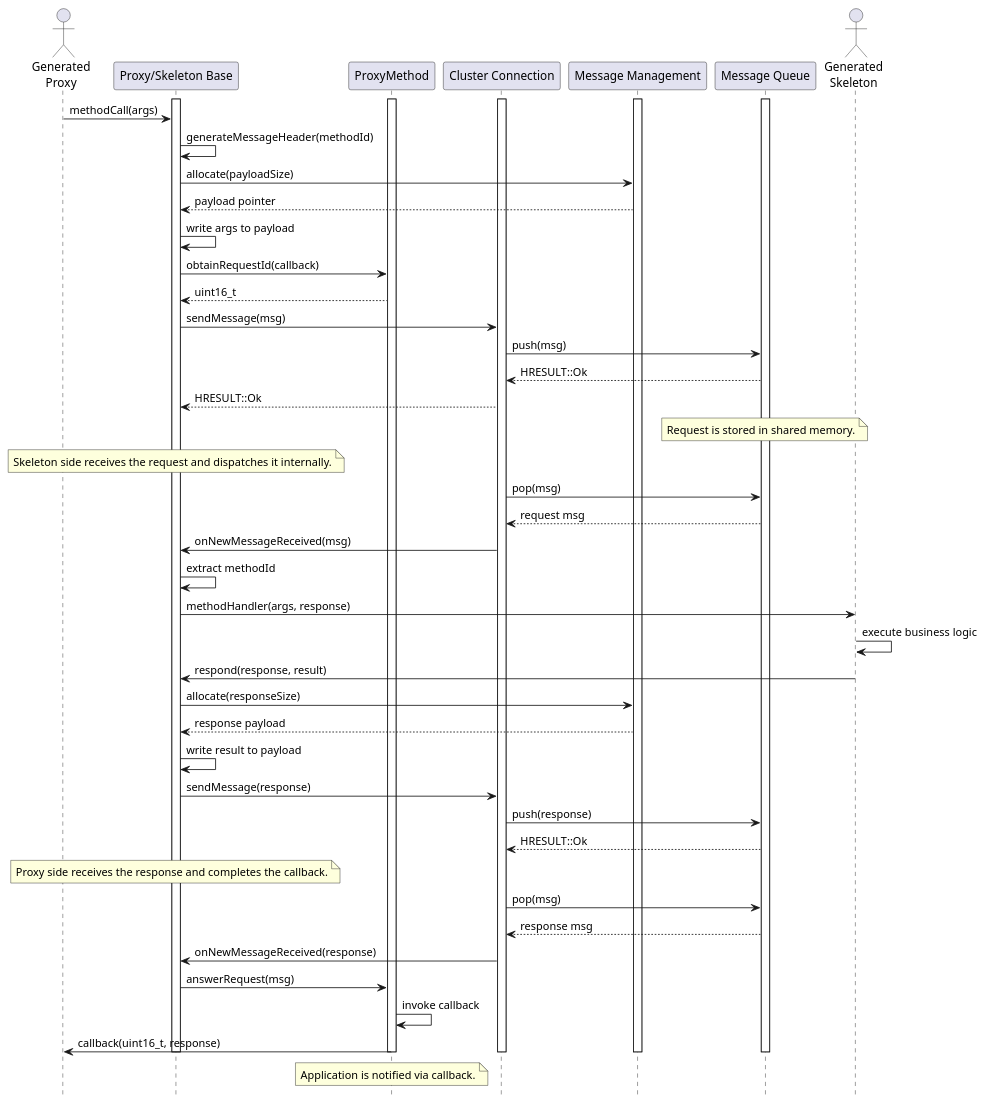
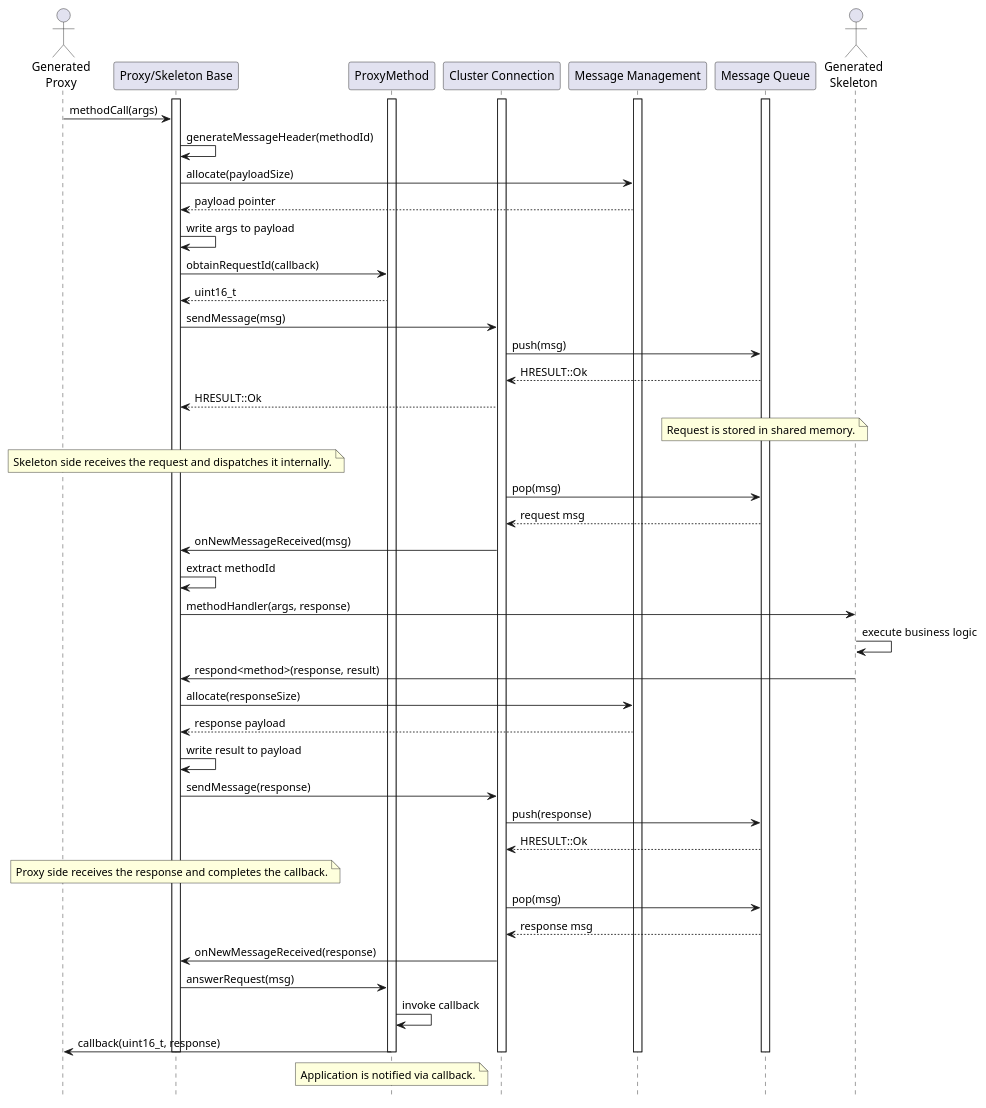
One commit to eclipse-openbsw/openbsw changed the diagram in libs/bsw/middleware/doc/arch/flows/proxy_skeleton_method_call_sequence.puml. Above: the diagram before and after it, drawn with PlantUML. The commit also changed 6 other files, not shown here.

```diff
--- a/libs/bsw/middleware/doc/arch/flows/proxy_skeleton_method_call_sequence.puml
+++ b/libs/bsw/middleware/doc/arch/flows/proxy_skeleton_method_call_sequence.puml
@@ -11,70 +11,70 @@
 @startuml
 
 hide footbox
 
 actor "Generated\nProxy" as generated_proxy
 participant "Proxy/Skeleton Base" as proxy_skeleton_base_unit
 participant "ProxyMethod" as request_response_unit
 participant "Cluster Connection" as cluster_connection_unit
 participant "Message Management" as message_management_unit
 participant "Message Queue" as message_queue_unit
 actor "Generated\nSkeleton" as generated_skeleton
 
 activate proxy_skeleton_base_unit
 activate request_response_unit
 activate cluster_connection_unit
 activate message_management_unit
 activate message_queue_unit
 
 generated_proxy -> proxy_skeleton_base_unit : methodCall(args)
 proxy_skeleton_base_unit -> proxy_skeleton_base_unit : generateMessageHeader(methodId)
 proxy_skeleton_base_unit -> message_management_unit : allocate(payloadSize)
 message_management_unit --> proxy_skeleton_base_unit : payload pointer
 proxy_skeleton_base_unit -> proxy_skeleton_base_unit : write args to payload
 proxy_skeleton_base_unit -> request_response_unit : obtainRequestId(callback)
 request_response_unit --> proxy_skeleton_base_unit : uint16_t
 proxy_skeleton_base_unit -> cluster_connection_unit : sendMessage(msg)
 cluster_connection_unit -> message_queue_unit : push(msg)
 message_queue_unit --> cluster_connection_unit : HRESULT::Ok
 cluster_connection_unit --> proxy_skeleton_base_unit : HRESULT::Ok
 
 note over message_queue_unit : Request is stored in shared memory.
 
 note over proxy_skeleton_base_unit
   Skeleton side receives the request and dispatches it internally.
 end note
 
 cluster_connection_unit -> message_queue_unit : pop(msg)
 message_queue_unit --> cluster_connection_unit : request msg
 cluster_connection_unit -> proxy_skeleton_base_unit : onNewMessageReceived(msg)
 proxy_skeleton_base_unit -> proxy_skeleton_base_unit : extract methodId
 proxy_skeleton_base_unit -> generated_skeleton : methodHandler(args, response)
 generated_skeleton -> generated_skeleton : execute business logic
-generated_skeleton -> proxy_skeleton_base_unit : respond(response, result)
+generated_skeleton -> proxy_skeleton_base_unit : respond<method>(response, result)
 proxy_skeleton_base_unit -> message_management_unit : allocate(responseSize)
 message_management_unit --> proxy_skeleton_base_unit : response payload
 proxy_skeleton_base_unit -> proxy_skeleton_base_unit : write result to payload
 proxy_skeleton_base_unit -> cluster_connection_unit : sendMessage(response)
 cluster_connection_unit -> message_queue_unit : push(response)
 message_queue_unit --> cluster_connection_unit : HRESULT::Ok
 
 note over proxy_skeleton_base_unit
   Proxy side receives the response and completes the callback.
 end note
 
 cluster_connection_unit -> message_queue_unit : pop(msg)
 message_queue_unit --> cluster_connection_unit : response msg
 cluster_connection_unit -> proxy_skeleton_base_unit : onNewMessageReceived(response)
 proxy_skeleton_base_unit -> request_response_unit : answerRequest(msg)
 request_response_unit -> request_response_unit : invoke callback
 request_response_unit -> generated_proxy : callback(uint16_t, response)
 
 note over request_response_unit : Application is notified via callback.
 
 deactivate cluster_connection_unit
 deactivate proxy_skeleton_base_unit
 deactivate request_response_unit
 deactivate message_management_unit
 deactivate message_queue_unit
 
 @enduml
```
